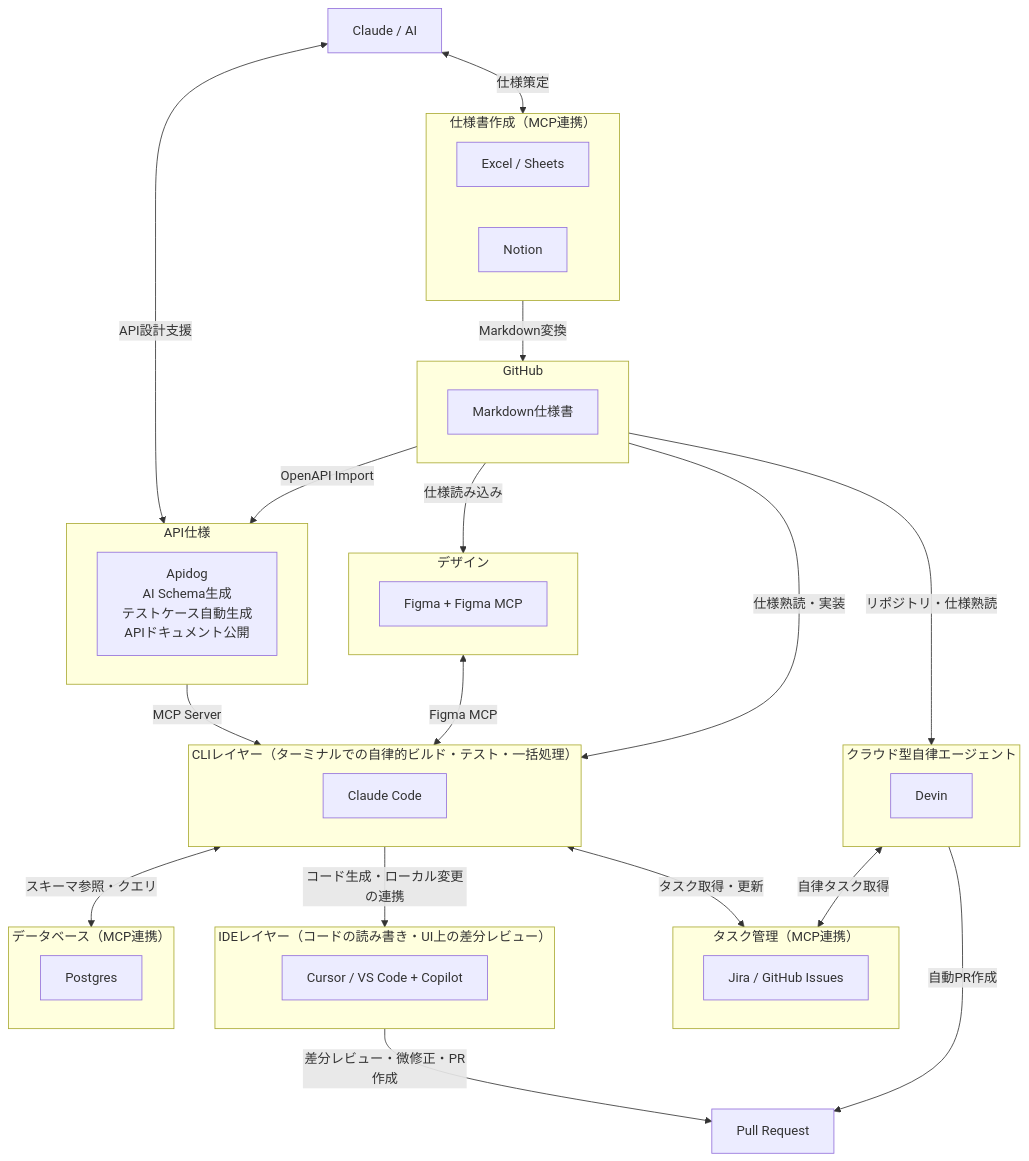
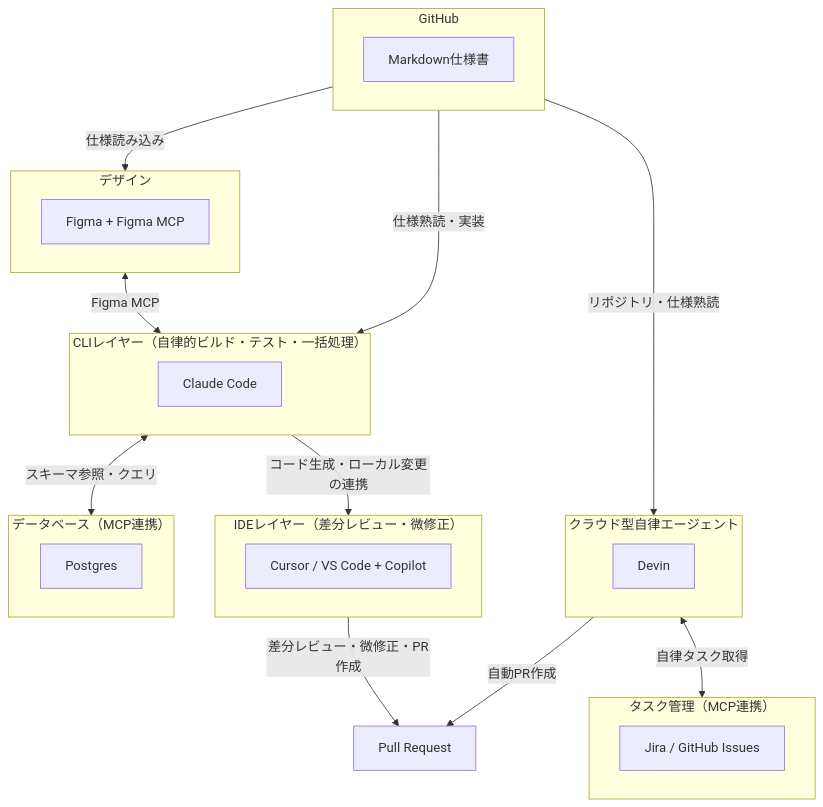
The sixth of 27 diagrams in AI駆動開発.md (takuma39/ai), drawn with Mermaid before and after one commit. The commit also changed other lines of this file, not shown here.

````diff
--- a/AI駆動開発.md
+++ b/AI駆動開発.md
@@ -169,58 +210,42 @@
 ```mermaid
 graph TD
-    Claude["Claude / AI"]
-
-    subgraph specs["仕様書作成（MCP連携）"]
-        Excel["Excel / Sheets"]
-        NotionTool["Notion"]
-    end
-
     subgraph github["GitHub"]
         MD["Markdown仕様書"]
-    end
-
-    subgraph tasks["タスク管理（MCP連携）"]
-        Jira["Jira / GitHub Issues"]
-    end
-    subgraph apispec["API仕様"]
-        Apidog["Apidog<br/>AI Schema生成<br/>テストケース自動生成<br/>APIドキュメント公開"]
     end
 
     subgraph figma_ui["デザイン"]
         Figma["Figma + Figma MCP"]
     end
 
-    subgraph ide["IDEレイヤー（コードの読み書き・UI上の差分レビュー）"]
-        Cursor["Cursor / VS Code + Copilot"]
+    subgraph cli["CLIレイヤー（自律的ビルド・テスト・一括処理）"]
+        CC["Claude Code"]
     end
 
-    subgraph cli["CLIレイヤー（ターミナルでの自律的ビルド・テスト・一括処理）"]
-        CC["Claude Code"]
+    subgraph ide["IDEレイヤー（差分レビュー・微修正）"]
+        Cursor["Cursor / VS Code + Copilot"]
     end
 
     subgraph saas_agent["クラウド型自律エージェント"]
         Devin["Devin"]
     end
 
     subgraph database["データベース（MCP連携）"]
         DB["Postgres"]
     end
 
+    subgraph tasks["タスク管理（MCP連携）"]
+        Jira["Jira / GitHub Issues"]
+    end
+
     PR["Pull Request"]
 
-    Claude <-->|"仕様策定"| specs
-    Claude <-->|"API設計支援"| apispec
-    cli <-->|"タスク取得・更新"| tasks
-    saas_agent <-->|"自律タスク取得"| tasks
-    specs -->|"Markdown変換"| github
-    github -->|"OpenAPI Import"| apispec
-    apispec -->|"MCP Server"| cli
     github -->|"仕様読み込み"| figma_ui
     figma_ui <-->|"Figma MCP"| cli
     github -->|"仕様熟読・実装"| cli
     github -->|"リポジトリ・仕様熟読"| saas_agent
     cli <-->|"スキーマ参照・クエリ"| database
     cli -->|"コード生成・ローカル変更の連携"| ide
     ide -->|"差分レビュー・微修正・PR作成"| PR
     saas_agent -->|"自動PR作成"| PR
+    saas_agent <-->|"自律タスク取得"| tasks
 ```
````
